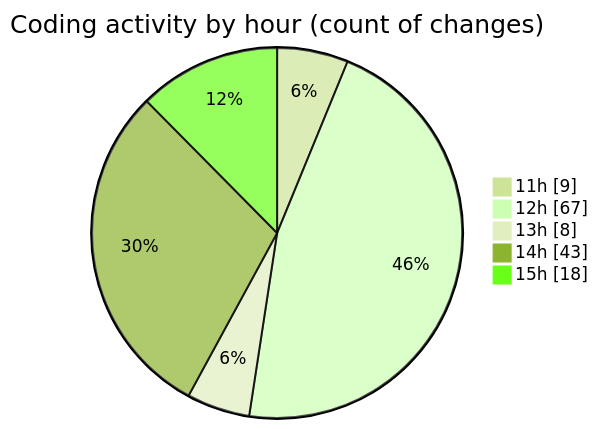
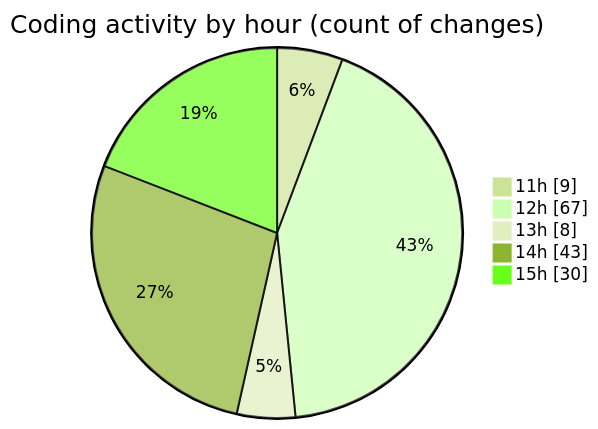
Before and after one commit to nxtqubesakshisongat/code-tracking: the second of 2 diagrams in 2026-08-23/nxtqube_webapp/README.md, drawn with Mermaid (forest theme). The commit also changed other lines of this file and 1 other file, not shown here.

````diff
--- a/2026-08-23/nxtqube_webapp/README.md
+++ b/2026-08-23/nxtqube_webapp/README.md
@@ -76,9 +80,9 @@
 ```mermaid
 pie showData
 title Coding activity by hour (count of changes)
 "11h" : 9
 "12h" : 67
 "13h" : 8
 "14h" : 43
-"15h" : 18
+"15h" : 30
 ```
````
